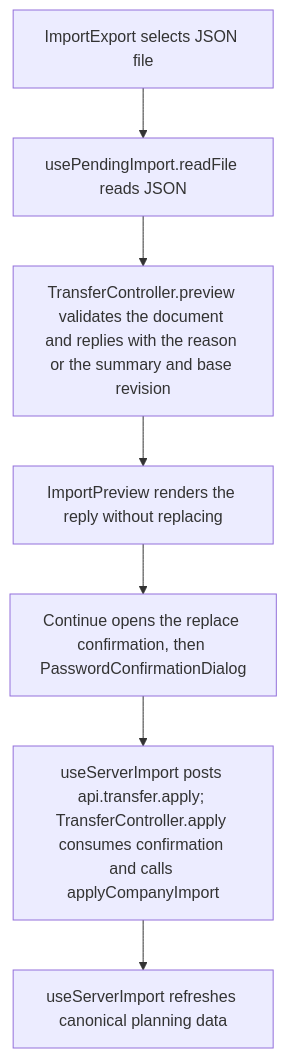
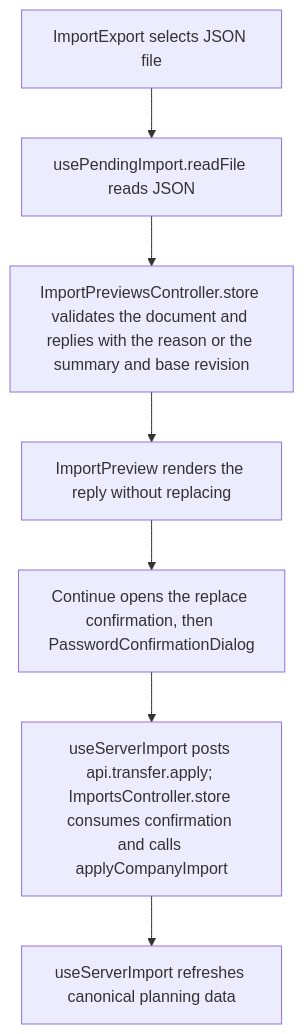
One commit to Kevinjohn/capacitylens changed the second of 2 diagrams in user-stories/data/US-DAT-02-import-json.md. Above: the diagram before and after it, drawn with Mermaid. The commit also changed other lines of this file and 139 other files, not shown here.

````diff
--- a/user-stories/data/US-DAT-02-import-json.md
+++ b/user-stories/data/US-DAT-02-import-json.md
@@ -36,9 +36,9 @@
 ```mermaid
 flowchart TD
   file["ImportExport selects JSON file"] --> parse["usePendingImport.readFile reads JSON"]
-  parse --> serverBoundary["TransferController.preview validates the document and replies with the reason or the summary and base revision"]
+  parse --> serverBoundary["ImportPreviewsController.store validates the document and replies with the reason or the summary and base revision"]
   serverBoundary --> preview["ImportPreview renders the reply without replacing"]
   preview --> confirm["Continue opens the replace confirmation, then PasswordConfirmationDialog"]
-  confirm --> apply["useServerImport posts api.transfer.apply; TransferController.apply consumes confirmation and calls applyCompanyImport"]
+  confirm --> apply["useServerImport posts api.transfer.apply; ImportsController.store consumes confirmation and calls applyCompanyImport"]
   apply --> refresh["useServerImport refreshes canonical planning data"]
 ```
````
